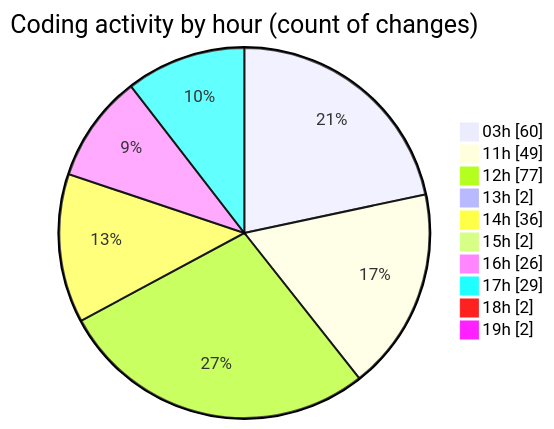
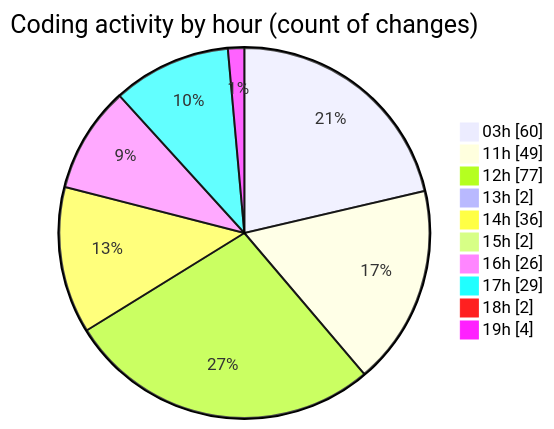
The second of 2 diagrams in 2025-07-02/mern-thinkboard/README.md (Ritupan-Deka/code-tracking), drawn with Mermaid before and after one commit. The commit also changed other lines of this file and 1 other file, not shown here.

````diff
--- a/2025-07-02/mern-thinkboard/README.md
+++ b/2025-07-02/mern-thinkboard/README.md
@@ -41,14 +41,14 @@
 ```mermaid
 pie showData
 title Coding activity by hour (count of changes)
 "03h" : 60
 "11h" : 49
 "12h" : 77
 "13h" : 2
 "14h" : 36
 "15h" : 2
 "16h" : 26
 "17h" : 29
 "18h" : 2
-"19h" : 2
+"19h" : 4
 ```
````
